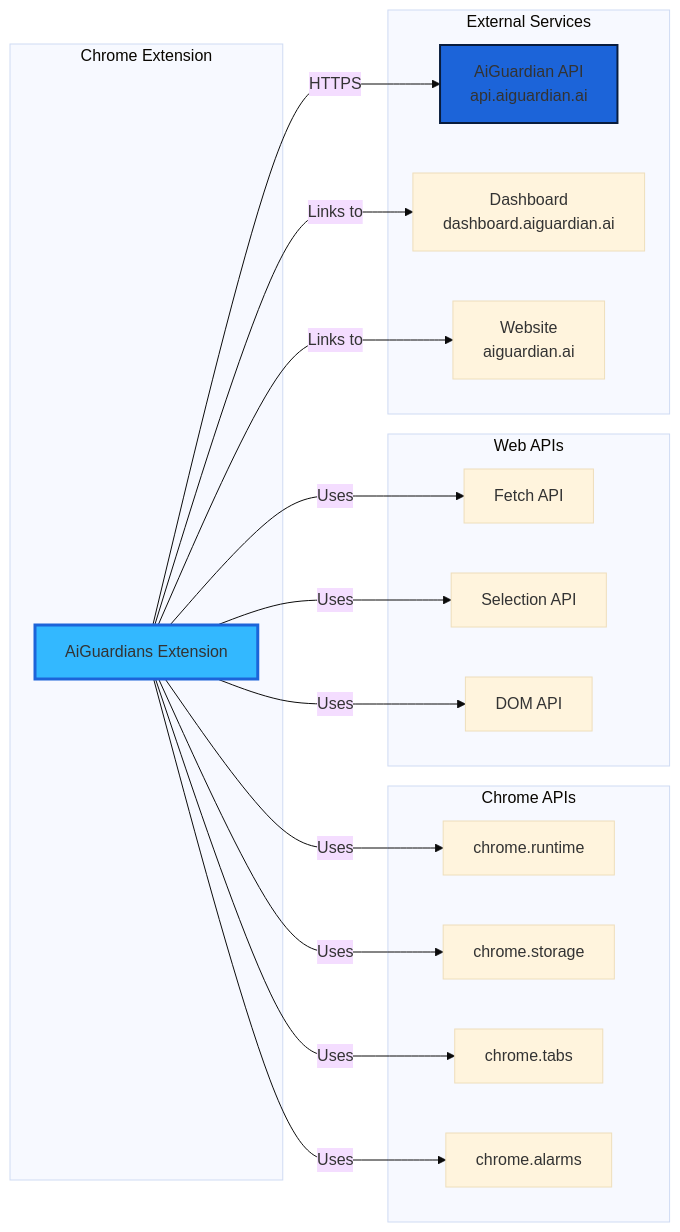
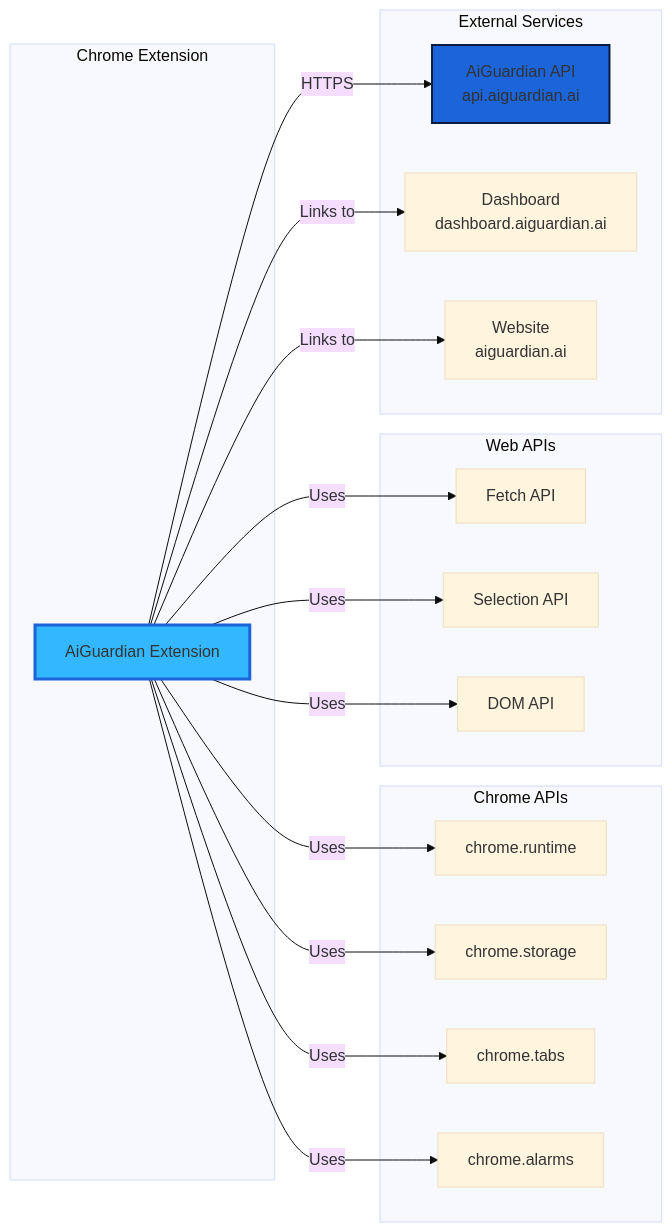
One commit to mataluni-bravetto/abe-core-body-template changed the ninth of 11 diagrams in ARCHITECTURE.md. Above: the diagram before and after it, drawn with Mermaid (base theme). The commit also changed other lines of this file and 66 other files, not shown here.

Commit message:
Phase 2: Brand alignment - Update all branding from 'AI Guardians'/'AiGuardians' to 'AiGuardian' (singular) throughout codebase

````diff
--- a/ARCHITECTURE.md
+++ b/ARCHITECTURE.md
@@ -419,41 +419,41 @@
 ```mermaid
 graph LR
     subgraph "Chrome Extension"
-        Extension[AiGuardians Extension]
+        Extension[AiGuardian Extension]
     end
     
     subgraph "Chrome APIs"
         Runtime[chrome.runtime]
         Storage[chrome.storage]
         Tabs[chrome.tabs]
         Alarms[chrome.alarms]
     end
     
     subgraph "Web APIs"
         Fetch[Fetch API]
         Selection[Selection API]
         DOM[DOM API]
     end
     
     subgraph "External Services"
         Backend[AiGuardian API<br/>api.aiguardian.ai]
         Dashboard[Dashboard<br/>dashboard.aiguardian.ai]
         Website[Website<br/>aiguardian.ai]
     end
     
     Extension -->|Uses| Runtime
     Extension -->|Uses| Storage
     Extension -->|Uses| Tabs
     Extension -->|Uses| Alarms
     
     Extension -->|Uses| Fetch
     Extension -->|Uses| Selection
     Extension -->|Uses| DOM
     
     Extension -->|HTTPS| Backend
     Extension -->|Links to| Dashboard
     Extension -->|Links to| Website
     
     style Backend fill:#1C64D9,stroke:#081C3D,stroke-width:2px
     style Extension fill:#33B8FF,stroke:#1C64D9,stroke-width:3px
 ```
````
